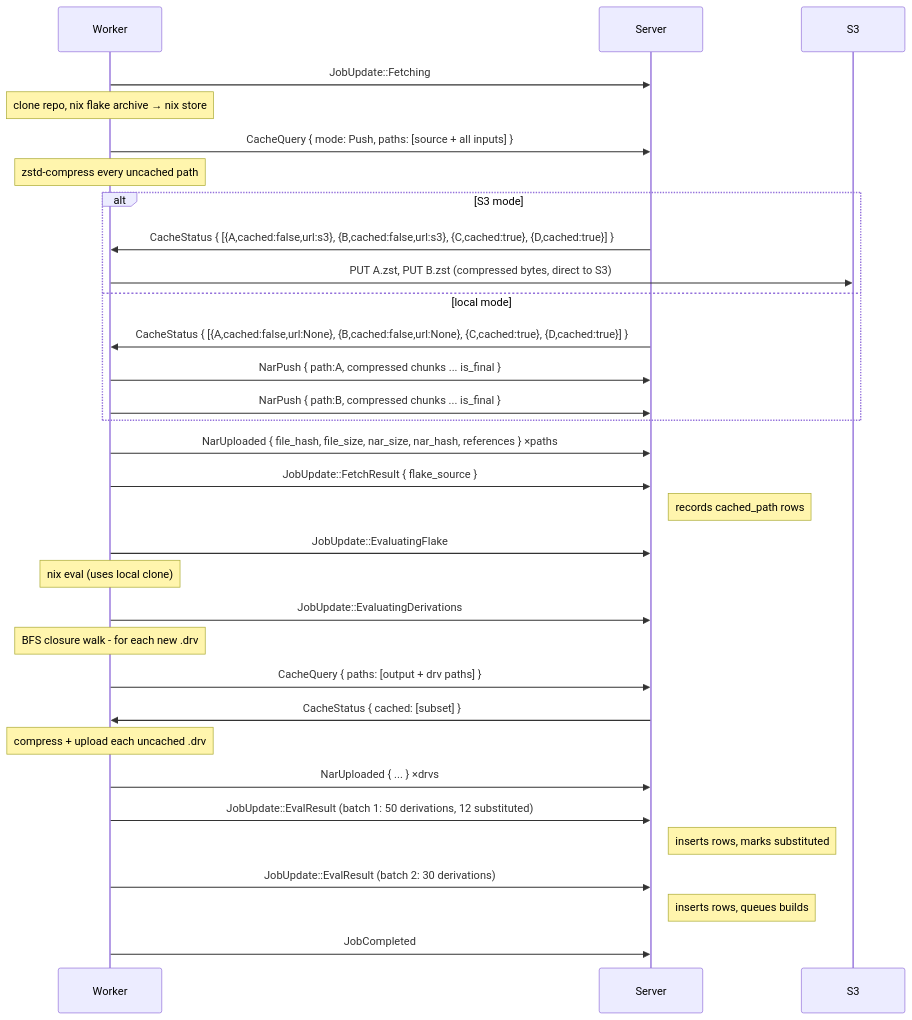
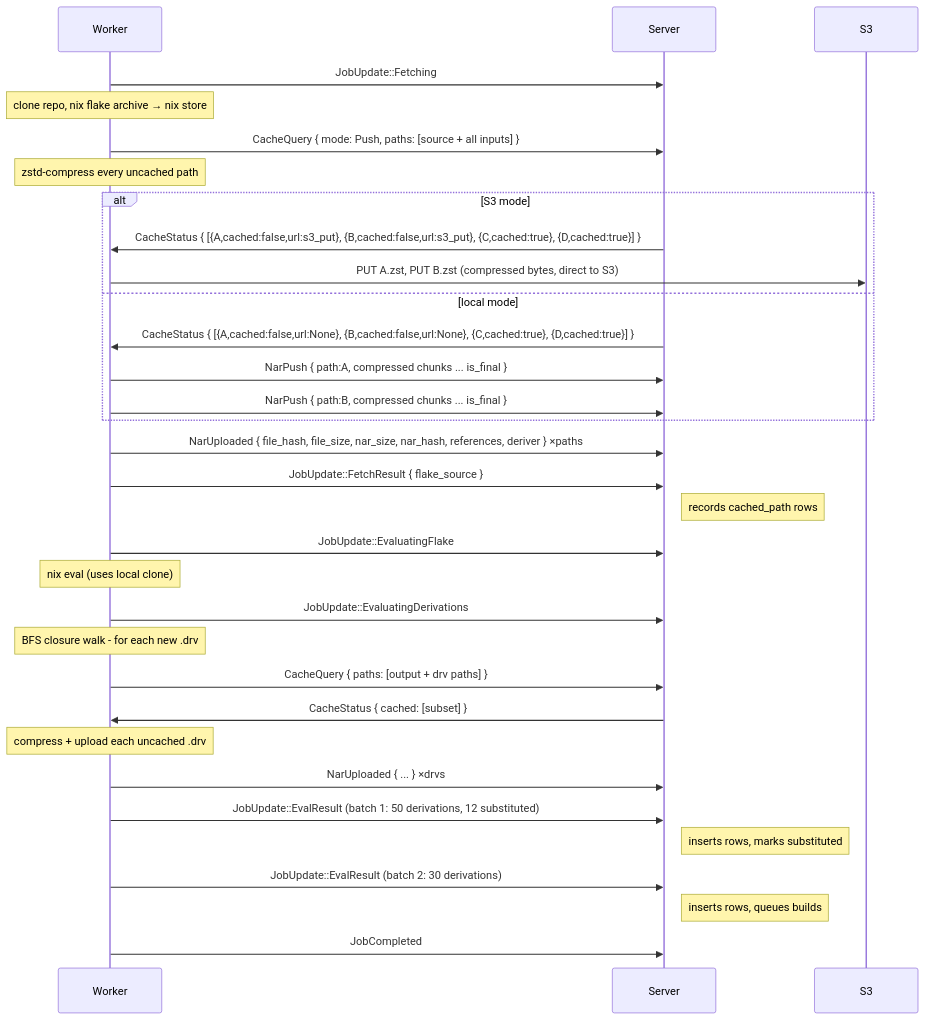
Before and after one commit to wavelens/gradient: diagram 13 of 25 in docs/src/development/proto.md, drawn with Mermaid. The commit also changed other lines of this file and 19 other files, not shown here.

````diff
--- a/docs/src/development/proto.md
+++ b/docs/src/development/proto.md
@@ -622,34 +628,34 @@
 ```mermaid
 sequenceDiagram
     participant W as Worker
     participant S as Server
 
     W->>S: JobUpdate::Fetching
     Note over W: clone repo, nix flake archive → nix store
     W->>S: CacheQuery { mode: Push, paths: [source + all inputs] }
     Note over W: zstd-compress every uncached path
     alt S3 mode
-        S->>W: CacheStatus { [{A,cached:false,url:s3}, {B,cached:false,url:s3}, {C,cached:true}, {D,cached:true}] }
+        S->>W: CacheStatus { [{A,cached:false,url:s3_put}, {B,cached:false,url:s3_put}, {C,cached:true}, {D,cached:true}] }
         W->>S3: PUT A.zst, PUT B.zst (compressed bytes, direct to S3)
     else local mode
         S->>W: CacheStatus { [{A,cached:false,url:None}, {B,cached:false,url:None}, {C,cached:true}, {D,cached:true}] }
         W->>S: NarPush { path:A, compressed chunks ... is_final }
         W->>S: NarPush { path:B, compressed chunks ... is_final }
     end
-    W->>S: NarUploaded { file_hash, file_size, nar_size, nar_hash, references } ×paths
+    W->>S: NarUploaded { file_hash, file_size, nar_size, nar_hash, references, deriver } ×paths
     W->>S: JobUpdate::FetchResult { flake_source }
     Note right of S: records cached_path rows
     W->>S: JobUpdate::EvaluatingFlake
     Note over W: nix eval (uses local clone)
     W->>S: JobUpdate::EvaluatingDerivations
     Note over W: BFS closure walk - for each new .drv
     W->>S: CacheQuery { paths: [output + drv paths] }
     S->>W: CacheStatus { cached: [subset] }
     Note over W: compress + upload each uncached .drv
     W->>S: NarUploaded { ... } ×drvs
     W->>S: JobUpdate::EvalResult (batch 1: 50 derivations, 12 substituted)
     Note right of S: inserts rows, marks substituted
     W->>S: JobUpdate::EvalResult (batch 2: 30 derivations)
     Note right of S: inserts rows, queues builds
     W->>S: JobCompleted
 ```
````
